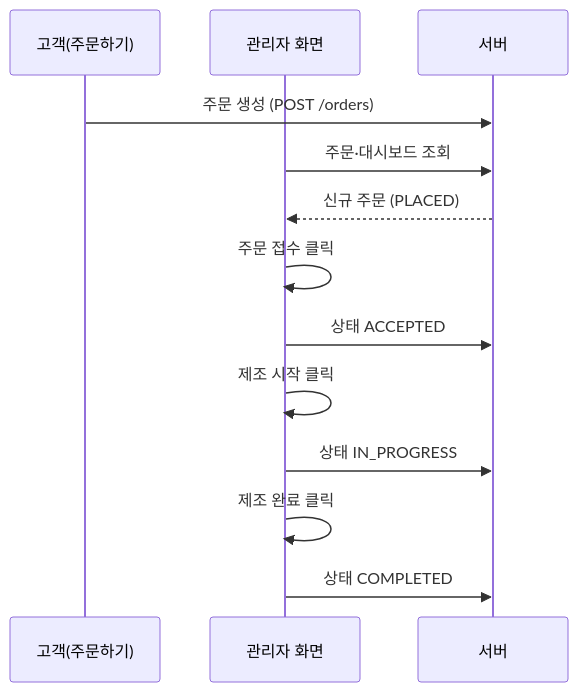
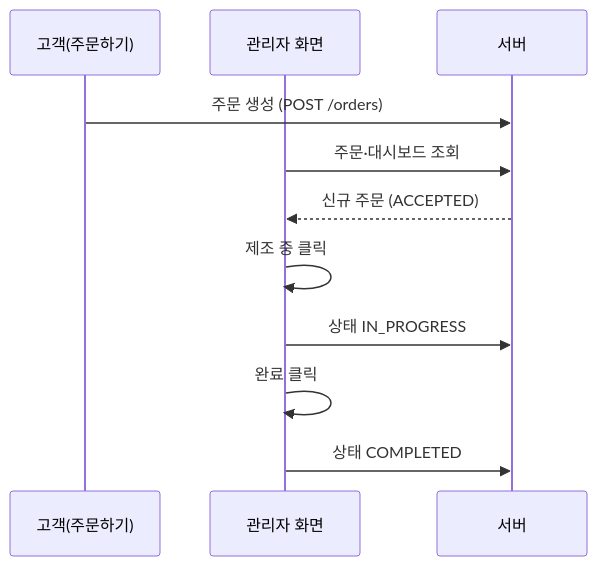
The third of 3 diagrams in docs/PRD.md (yamuzer/order-app), drawn with Mermaid before and after one commit. The commit also changed other lines of this file and 25 other files, not shown here.

````diff
--- a/docs/PRD.md
+++ b/docs/PRD.md
@@ -537,16 +535,14 @@
 ```mermaid
 sequenceDiagram
     participant C as 고객(주문하기)
     participant A as 관리자 화면
     participant S as 서버
 
     C->>S: 주문 생성 (POST /orders)
     A->>S: 주문·대시보드 조회
-    S-->>A: 신규 주문 (PLACED)
-    A->>A: 주문 접수 클릭
-    A->>S: 상태 ACCEPTED
-    A->>A: 제조 시작 클릭
+    S-->>A: 신규 주문 (ACCEPTED)
+    A->>A: 제조 중 클릭
     A->>S: 상태 IN_PROGRESS
-    A->>A: 제조 완료 클릭
+    A->>A: 완료 클릭
     A->>S: 상태 COMPLETED
 ```
````
